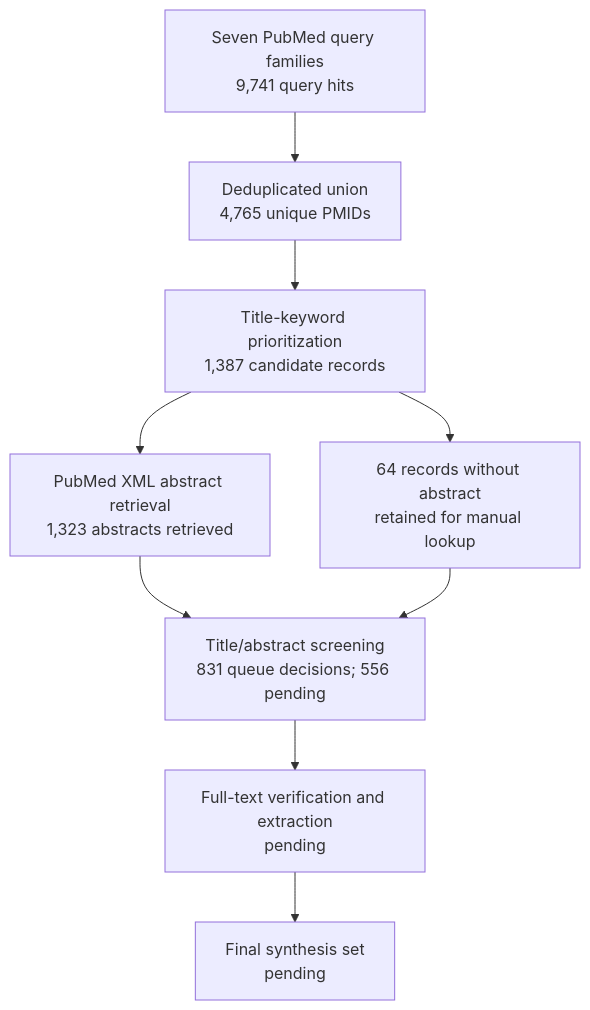
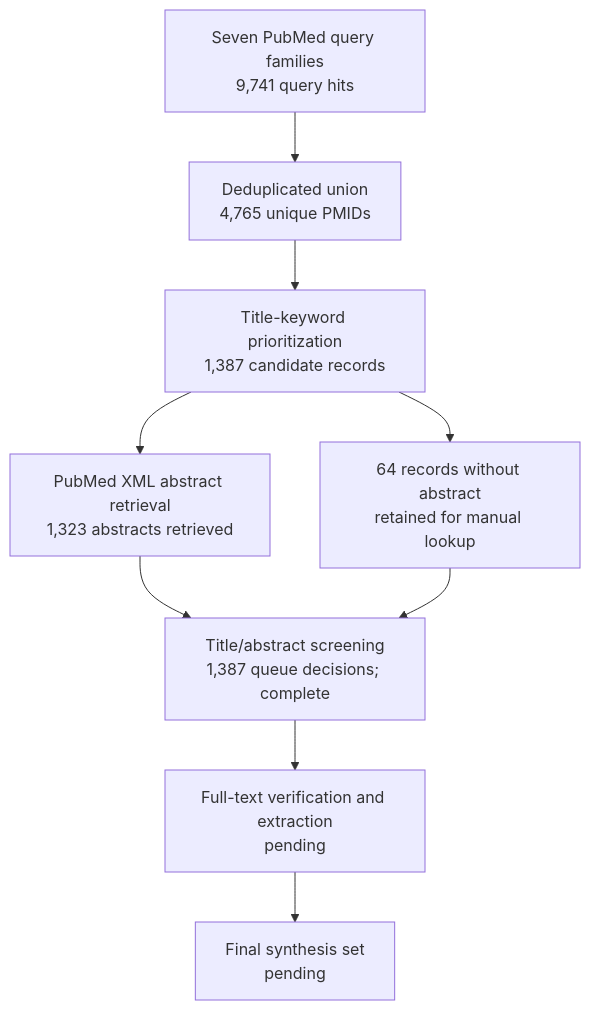
The diagram in manuscript/review-flow.md (dcmcshan/artemisia), drawn with Mermaid before and after one commit. The commit also changed other lines of this file and 12 other files, not shown here.

Commit message:
Complete bounded title abstract screening

````diff
--- a/manuscript/review-flow.md
+++ b/manuscript/review-flow.md
@@ -5,11 +5,11 @@
 ```mermaid
 flowchart TB
   Q[Seven PubMed query families<br/>9,741 query hits] --> U[Deduplicated union<br/>4,765 unique PMIDs]
   U --> T[Title-keyword prioritization<br/>1,387 candidate records]
   T --> A[PubMed XML abstract retrieval<br/>1,323 abstracts retrieved]
   T --> N[64 records without abstract<br/>retained for manual lookup]
-  A --> M[Title/abstract screening<br/>831 queue decisions; 556 pending]
+  A --> M[Title/abstract screening<br/>1,387 queue decisions; complete]
   N --> M
   M --> F[Full-text verification and extraction<br/>pending]
   F --> S[Final synthesis set<br/>pending]
 ```
````
